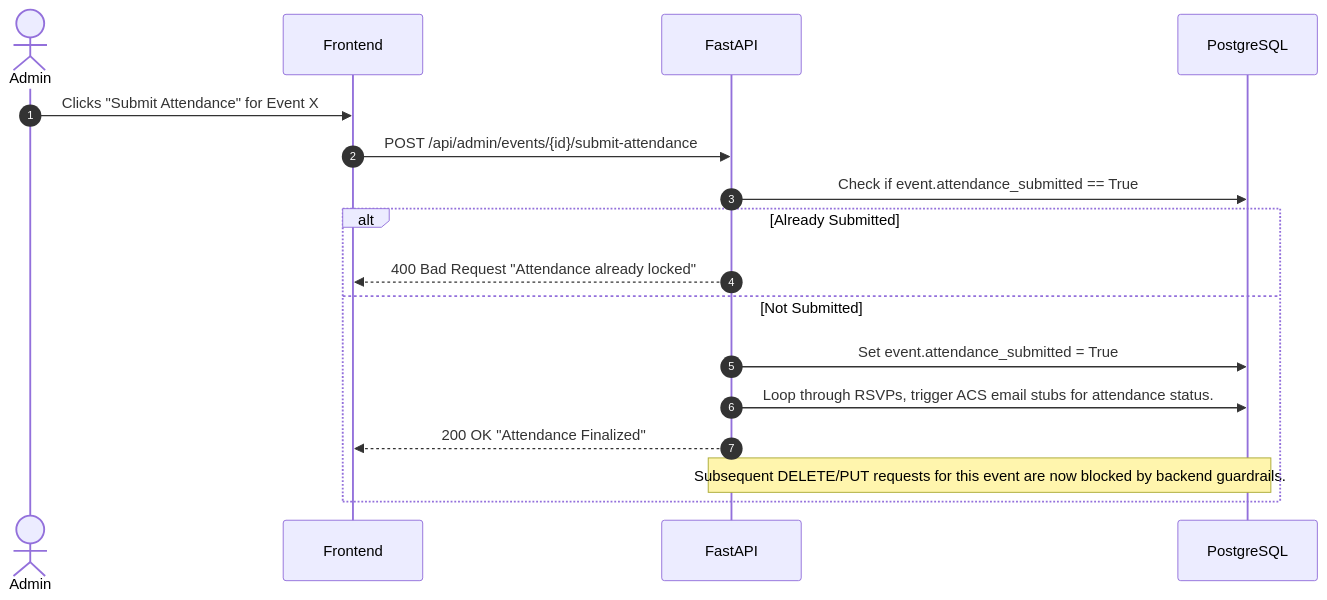
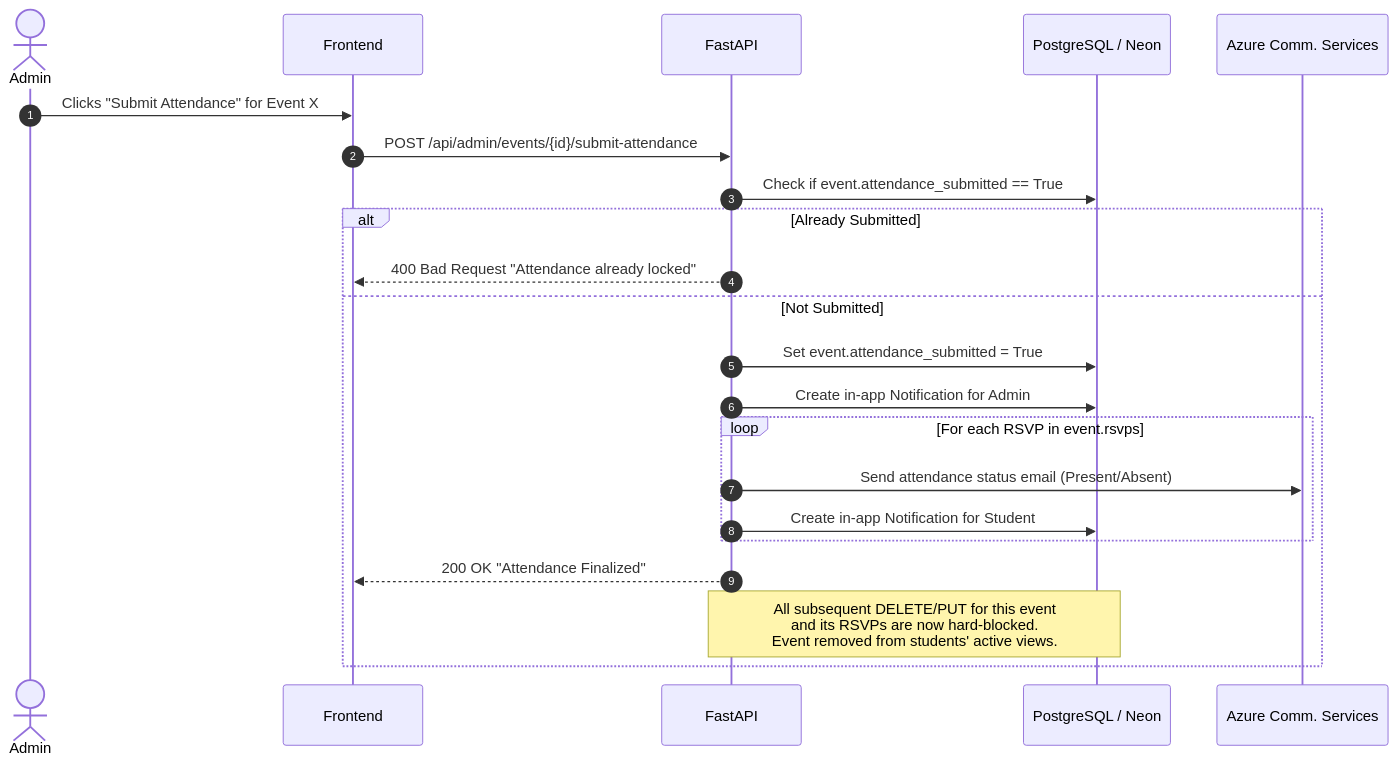
The third of 7 diagrams in docs/design_doc.md (Dhruv-Puri/2nd-year-Internship), drawn with Mermaid before and after one commit. The commit also changed other lines of this file, not shown here.

````diff
--- a/docs/design_doc.md
+++ b/docs/design_doc.md
@@ -114,20 +149,26 @@
 ```mermaid
 sequenceDiagram
     autonumber
     actor Admin
     participant UI as Frontend
     participant API as FastAPI
-    participant DB as PostgreSQL
+    participant DB as PostgreSQL / Neon
+    participant ACS as Azure Comm. Services
 
     Admin->>UI: Clicks "Submit Attendance" for Event X
     UI->>API: POST /api/admin/events/{id}/submit-attendance
     API->>DB: Check if event.attendance_submitted == True
+    
     alt Already Submitted
         API-->>UI: 400 Bad Request "Attendance already locked"
     else Not Submitted
         API->>DB: Set event.attendance_submitted = True
-        API->>DB: Loop through RSVPs, trigger ACS email stubs for attendance status.
+        API->>DB: Create in-app Notification for Admin
+        loop For each RSVP in event.rsvps
+            API->>ACS: Send attendance status email (Present/Absent)
+            API->>DB: Create in-app Notification for Student
+        end
         API-->>UI: 200 OK "Attendance Finalized"
-        Note over API,DB: Subsequent DELETE/PUT requests for this event are now blocked by backend guardrails.
+        Note over API,DB: All subsequent DELETE/PUT for this event<br/>and its RSVPs are now hard-blocked.<br/>Event removed from students' active views.
     end
 ```
````
